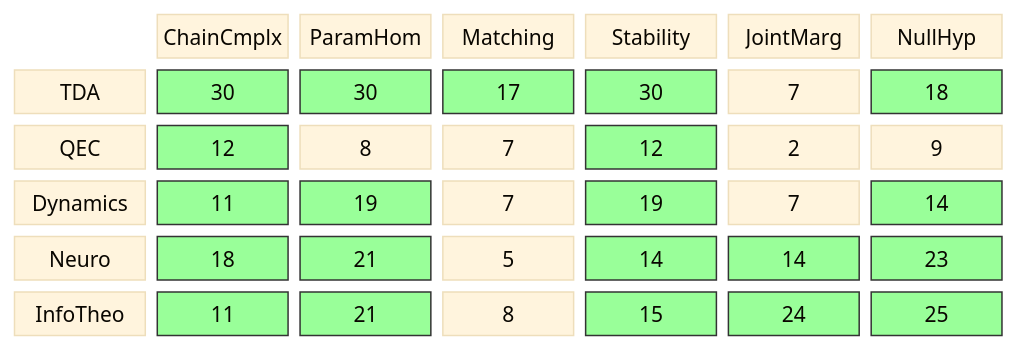
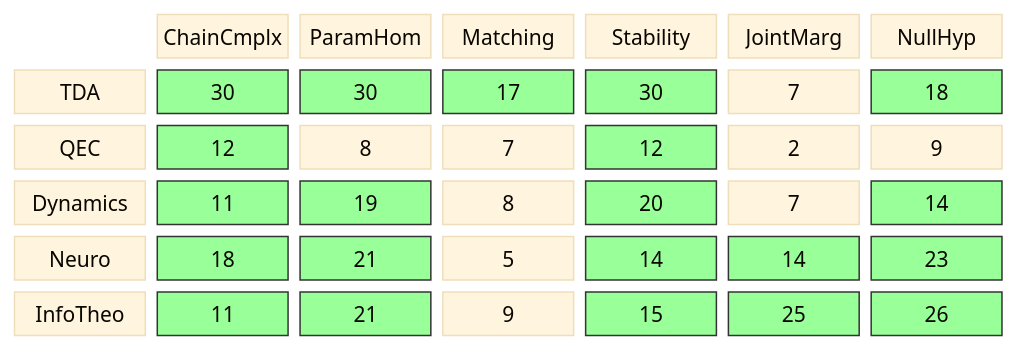
The diagram in diagrams/coverage-matrix.md (musicofhel/topoyolo), drawn with Mermaid before and after one commit. The commit also changed other lines of this file and 3 other files, not shown here.

````diff
--- a/diagrams/coverage-matrix.md
+++ b/diagrams/coverage-matrix.md
@@ -21,34 +21,34 @@
 ```mermaid
 %%{init: {'theme': 'base', 'themeVariables': {'fontSize': '14px'}}}%%
 block-beta
   columns 7
 
   space:1 CC["ChainCmplx"] PH["ParamHom"] MA["Matching"] ST["Stability"] JM["JointMarg"] NH["NullHyp"]
 
   TDA["TDA"] TDA_CC["30"] TDA_PH["30"] TDA_MA["17"] TDA_ST["30"] TDA_JM["7"] TDA_NH["18"]
   QEC["QEC"] QEC_CC["12"] QEC_PH["8"] QEC_MA["7"] QEC_ST["12"] QEC_JM["2"] QEC_NH["9"]
-  DYN["Dynamics"] DYN_CC["11"] DYN_PH["19"] DYN_MA["7"] DYN_ST["19"] DYN_JM["7"] DYN_NH["14"]
+  DYN["Dynamics"] DYN_CC["11"] DYN_PH["19"] DYN_MA["8"] DYN_ST["20"] DYN_JM["7"] DYN_NH["14"]
   NEU["Neuro"] NEU_CC["18"] NEU_PH["21"] NEU_MA["5"] NEU_ST["14"] NEU_JM["14"] NEU_NH["23"]
-  IT["InfoTheo"] IT_CC["11"] IT_PH["21"] IT_MA["8"] IT_ST["15"] IT_JM["24"] IT_NH["25"]
+  IT["InfoTheo"] IT_CC["11"] IT_PH["21"] IT_MA["9"] IT_ST["15"] IT_JM["25"] IT_NH["26"]
   style TDA_CC fill:#9f9,stroke:#333
   style TDA_PH fill:#9f9,stroke:#333
   style TDA_MA fill:#9f9,stroke:#333
   style TDA_ST fill:#9f9,stroke:#333
   style TDA_NH fill:#9f9,stroke:#333
   style QEC_CC fill:#9f9,stroke:#333
   style QEC_ST fill:#9f9,stroke:#333
   style DYN_CC fill:#9f9,stroke:#333
   style DYN_PH fill:#9f9,stroke:#333
   style DYN_ST fill:#9f9,stroke:#333
   style DYN_NH fill:#9f9,stroke:#333
   style NEU_CC fill:#9f9,stroke:#333
   style NEU_PH fill:#9f9,stroke:#333
   style NEU_ST fill:#9f9,stroke:#333
   style NEU_JM fill:#9f9,stroke:#333
   style NEU_NH fill:#9f9,stroke:#333
   style IT_CC fill:#9f9,stroke:#333
   style IT_PH fill:#9f9,stroke:#333
   style IT_ST fill:#9f9,stroke:#333
   style IT_JM fill:#9f9,stroke:#333
   style IT_NH fill:#9f9,stroke:#333
 ```
````
